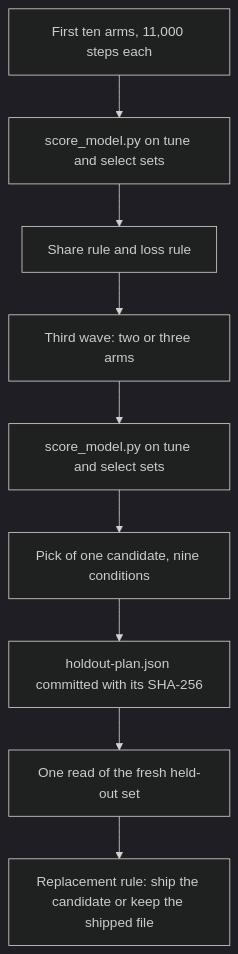
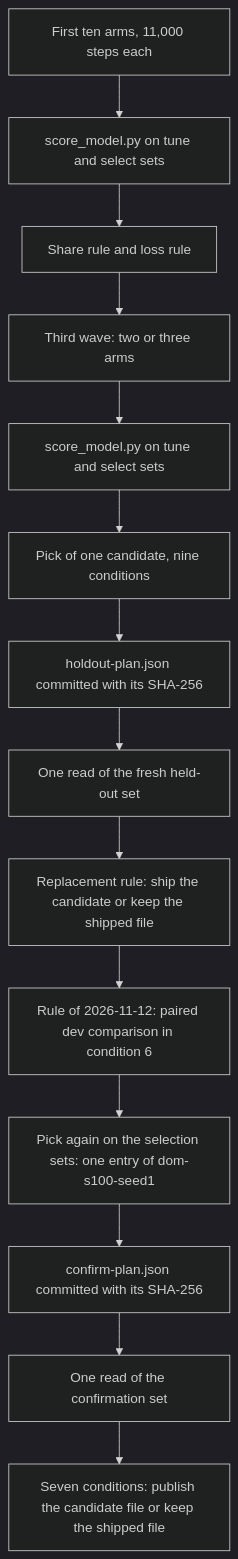
One commit to YilongJu/iphone-duo-keyboard changed the second of 2 diagrams in docs/lm-domain-design.md. Above: the diagram before and after it, drawn with Mermaid (dark theme). The commit also changed other lines of this file and 16 other files, not shown here.

First line of the commit message:
Amend the design: a paired dev comparison in pick condition 6, and one confirmation read for dom-s100-seed1 [skip ci]

````diff
--- a/docs/lm-domain-design.md
+++ b/docs/lm-domain-design.md
@@ -279,11 +333,16 @@
 ```mermaid
 flowchart TD
   W1[First ten arms, 11,000 steps each] --> S1[score_model.py on tune and select sets]
   S1 --> R[Share rule and loss rule]
   R --> W3[Third wave: two or three arms]
   W3 --> S2[score_model.py on tune and select sets]
   S2 --> P[Pick of one candidate, nine conditions]
   P --> H[holdout-plan.json committed with its SHA-256]
   H --> F[One read of the fresh held-out set]
   F --> D[Replacement rule: ship the candidate or keep the shipped file]
+  D --> A2[Rule of 2026-11-12: paired dev comparison in condition 6]
+  A2 --> P2[Pick again on the selection sets: one entry of dom-s100-seed1]
+  P2 --> H2[confirm-plan.json committed with its SHA-256]
+  H2 --> F2[One read of the confirmation set]
+  F2 --> D2[Seven conditions: publish the candidate file or keep the shipped file]
 ```
````
